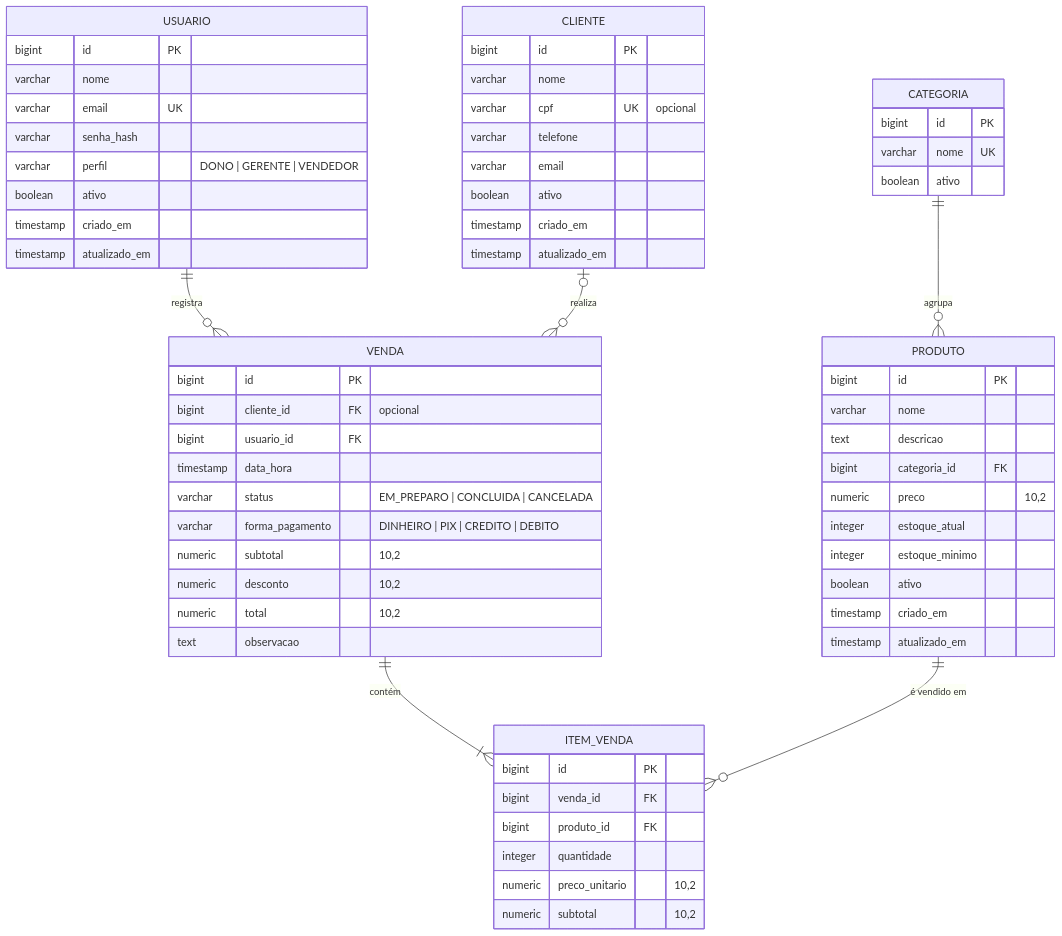
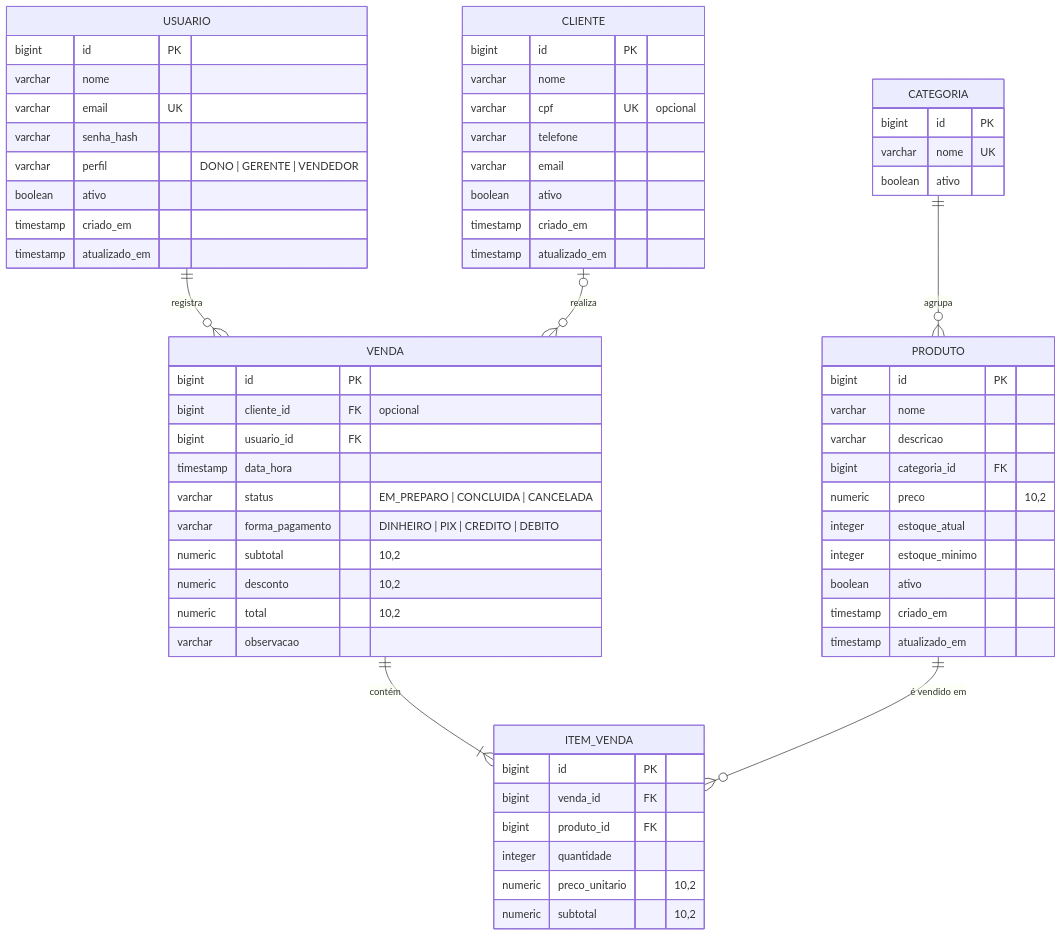
The diagram in docs/modelagem/modelo-de-dados.md (luiztrovao/ProjetoA3), drawn with Mermaid before and after one commit. The commit also changed other lines of this file and 32 other files, not shown here.

````diff
--- a/docs/modelagem/modelo-de-dados.md
+++ b/docs/modelagem/modelo-de-dados.md
@@ -9,71 +9,71 @@
 ```mermaid
 erDiagram
     USUARIO ||--o{ VENDA : "registra"
     CLIENTE |o--o{ VENDA : "realiza"
     VENDA ||--|{ ITEM_VENDA : "contém"
     PRODUTO ||--o{ ITEM_VENDA : "é vendido em"
     CATEGORIA ||--o{ PRODUTO : "agrupa"
 
     USUARIO {
         bigint id PK
         varchar nome
         varchar email UK
         varchar senha_hash
         varchar perfil "DONO | GERENTE | VENDEDOR"
         boolean ativo
         timestamp criado_em
         timestamp atualizado_em
     }
 
     CLIENTE {
         bigint id PK
         varchar nome
         varchar cpf UK "opcional"
         varchar telefone
         varchar email
         boolean ativo
         timestamp criado_em
         timestamp atualizado_em
     }
 
     CATEGORIA {
         bigint id PK
         varchar nome UK
         boolean ativo
     }
 
     PRODUTO {
         bigint id PK
         varchar nome
-        text descricao
+        varchar descricao
         bigint categoria_id FK
         numeric preco "10,2"
         integer estoque_atual
         integer estoque_minimo
         boolean ativo
         timestamp criado_em
         timestamp atualizado_em
     }
 
     VENDA {
         bigint id PK
         bigint cliente_id FK "opcional"
         bigint usuario_id FK
         timestamp data_hora
         varchar status "EM_PREPARO | CONCLUIDA | CANCELADA"
         varchar forma_pagamento "DINHEIRO | PIX | CREDITO | DEBITO"
         numeric subtotal "10,2"
         numeric desconto "10,2"
         numeric total "10,2"
-        text observacao
+        varchar observacao
     }
 
     ITEM_VENDA {
         bigint id PK
         bigint venda_id FK
         bigint produto_id FK
         integer quantidade
         numeric preco_unitario "10,2"
         numeric subtotal "10,2"
     }
 ```
````
